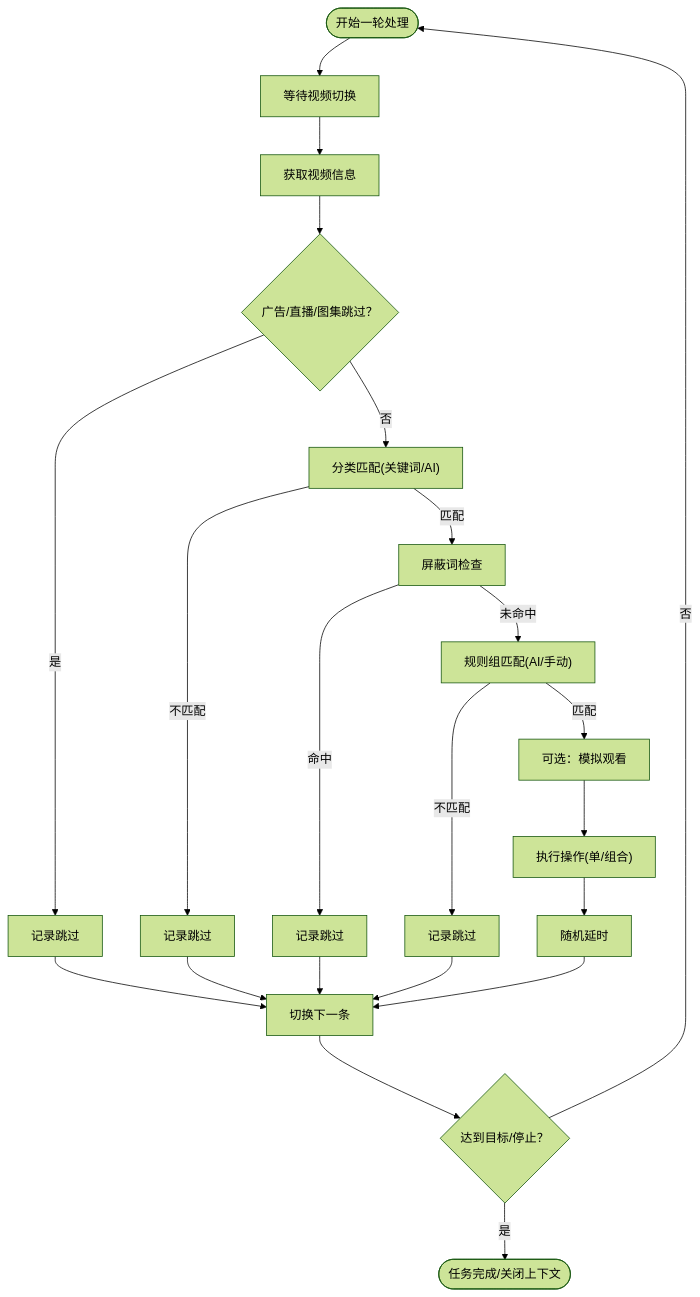
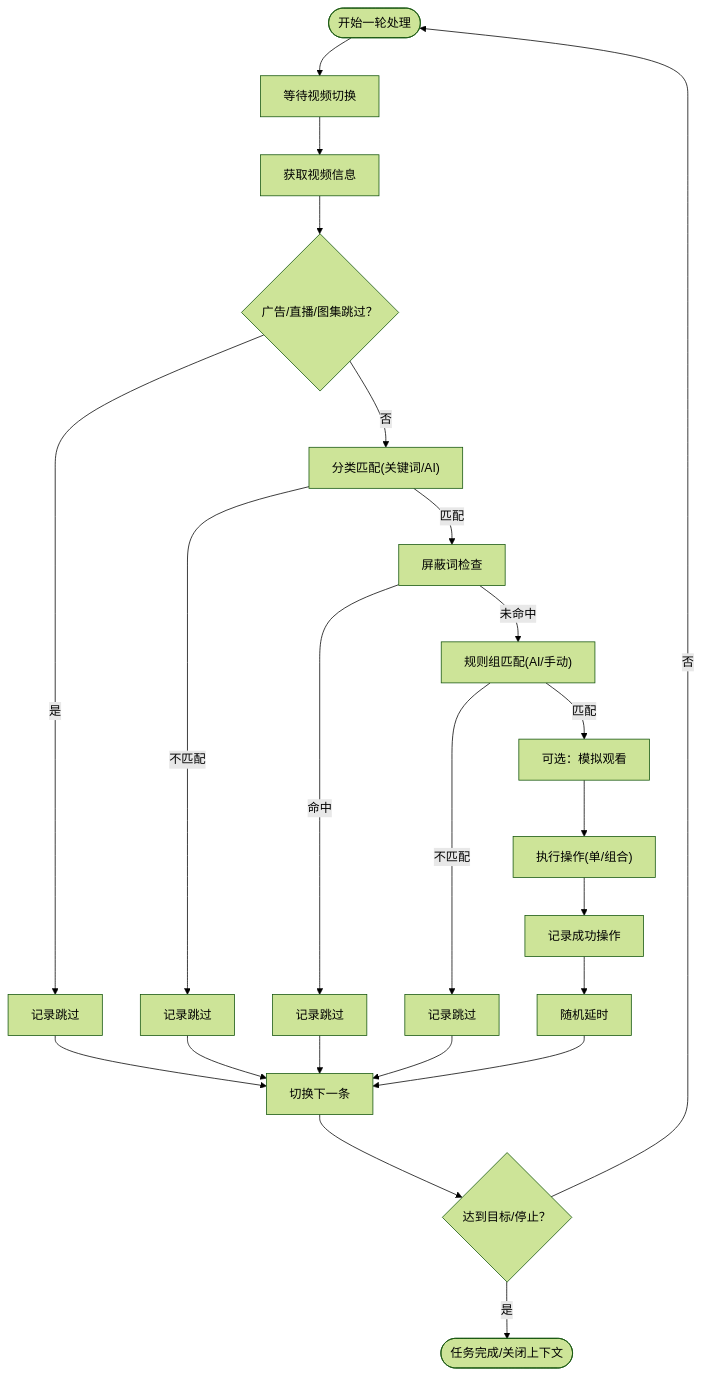
One commit to hipig/autoOps changed the fifth of 14 diagrams in .qoder/repowiki/zh/content/核心模块/任务执行器.md. Above: the diagram before and after it, drawn with Mermaid (forest theme). The commit also changed other lines of this file and 37 other files, not shown here.

````diff
--- a/.qoder/repowiki/zh/content/核心模块/任务执行器.md
+++ b/.qoder/repowiki/zh/content/核心模块/任务执行器.md
@@ -270,20 +327,21 @@
 ```mermaid
 flowchart TD
 Enter(["开始一轮处理"]) --> Wait["等待视频切换"]
 Wait --> GetInfo["获取视频信息"]
 GetInfo --> TypeSkip{"广告/直播/图集跳过？"}
 TypeSkip --> |是| RecordType["记录跳过"] --> Next["切换下一条"]
 TypeSkip --> |否| CatCheck["分类匹配(关键词/AI)"]
 CatCheck --> |不匹配| RecordCat["记录跳过"] --> Next
 CatCheck --> |匹配| Block["屏蔽词检查"]
 Block --> |命中| RecordBlk["记录跳过"] --> Next
 Block --> |未命中| Rules["规则组匹配(AI/手动)"]
 Rules --> |不匹配| RecordRule["记录跳过"] --> Next
 Rules --> |匹配| Watch["可选：模拟观看"]
 Watch --> Ops["执行操作(单/组合)"]
-Ops --> Sleep["随机延时"]
+Ops --> RecordSuccess["记录成功操作"]
+RecordSuccess --> Sleep["随机延时"]
 Sleep --> Next
 Next --> Loop{"达到目标/停止？"}
 Loop --> |否| Enter
 Loop --> |是| Finish(["任务完成/关闭上下文"])
 ```
````
